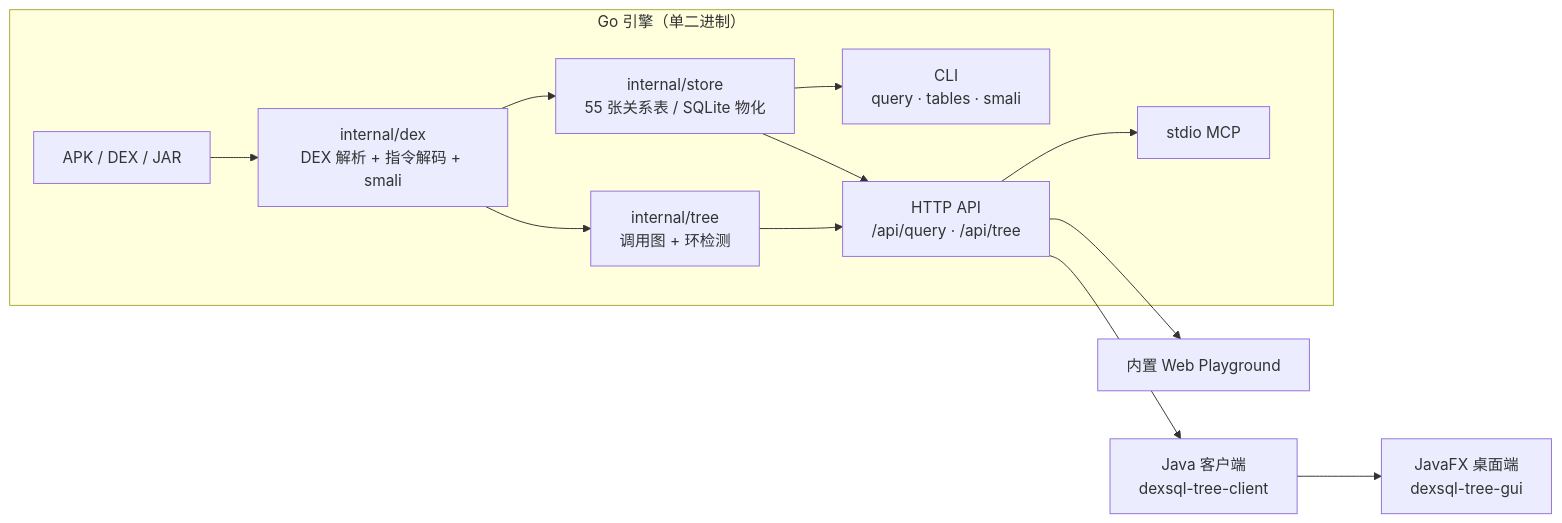
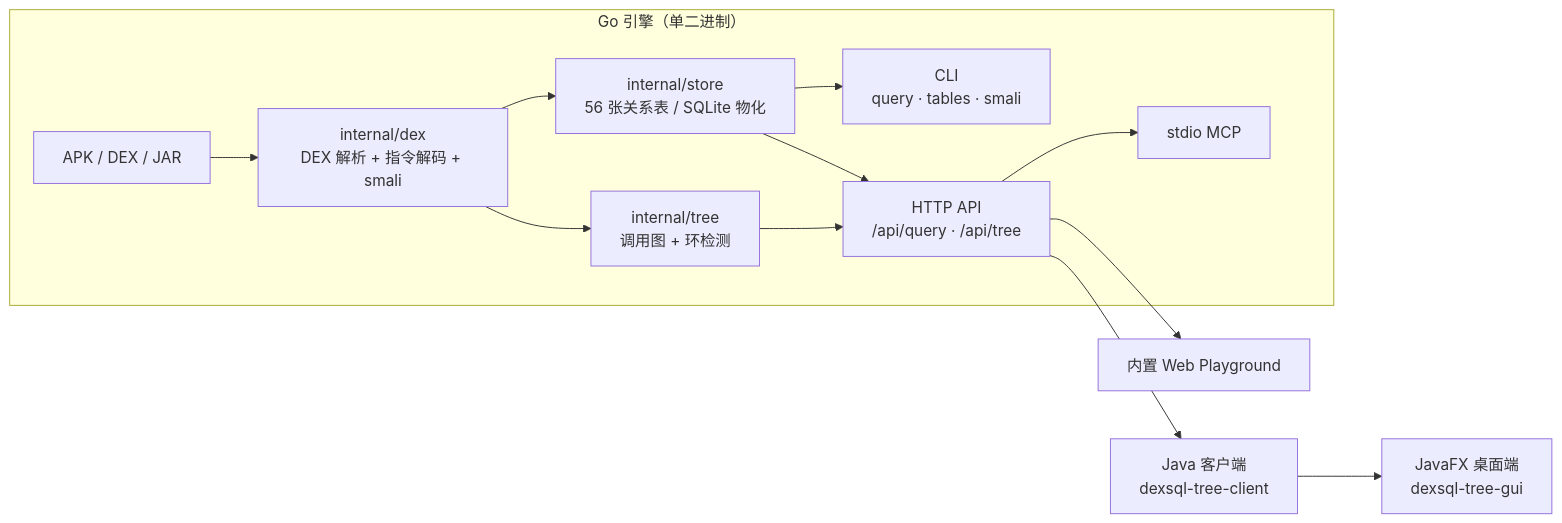
The diagram in README.md (ByUsiStudio/DexSQL-Tree), drawn with Mermaid before and after one commit. The commit also changed other lines of this file and 33 other files, not shown here.

````diff
--- a/README.md
+++ b/README.md
@@ -42,15 +42,15 @@
 ```mermaid
 flowchart LR
     subgraph Go["Go 引擎（单二进制）"]
         A["APK / DEX / JAR"] --> B["internal/dex<br/>DEX 解析 + 指令解码 + smali"]
-        B --> C["internal/store<br/>55 张关系表 / SQLite 物化"]
+        B --> C["internal/store<br/>56 张关系表 / SQLite 物化"]
         C --> D["CLI<br/>query · tables · smali"]
         C --> E["HTTP API<br/>/api/query · /api/tree"]
         B --> F["internal/tree<br/>调用图 + 环检测"]
         F --> E
         E --> G["stdio MCP"]
     end
     E --> H["Java 客户端<br/>dexsql-tree-client"]
     H --> I["JavaFX 桌面端<br/>dexsql-tree-gui"]
     E --> J["内置 Web Playground"]
 ```
````
